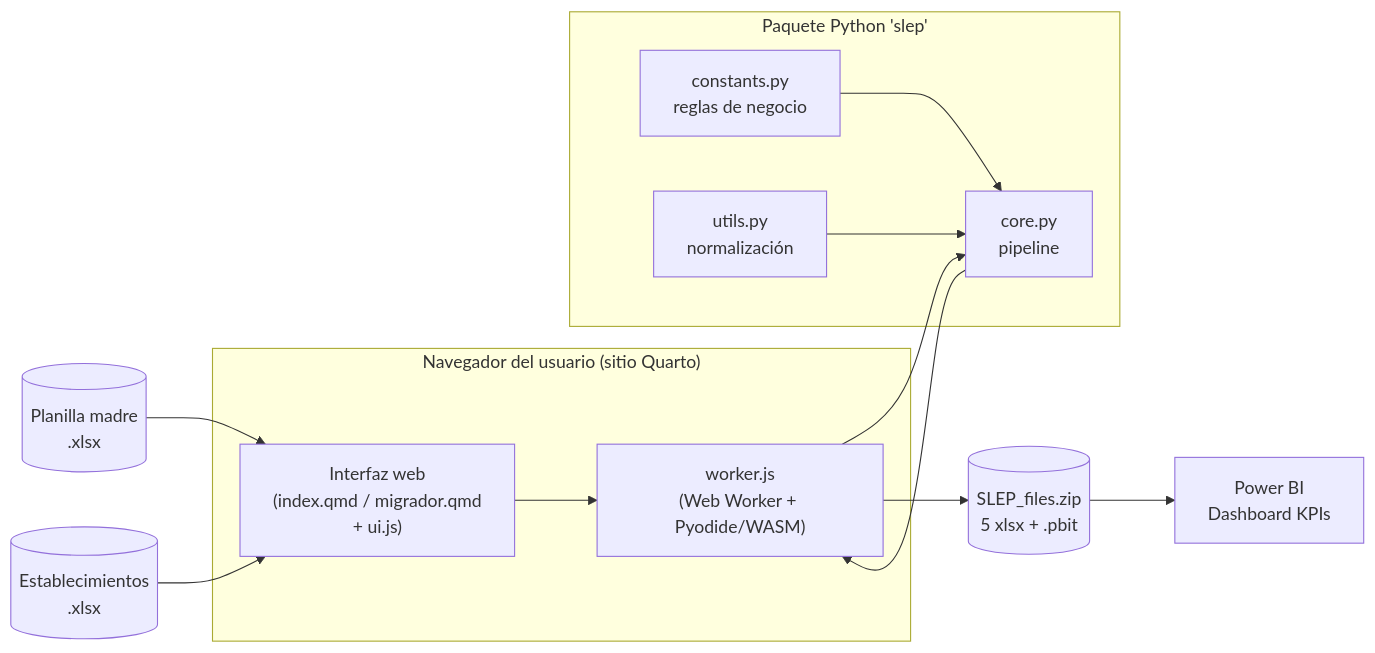
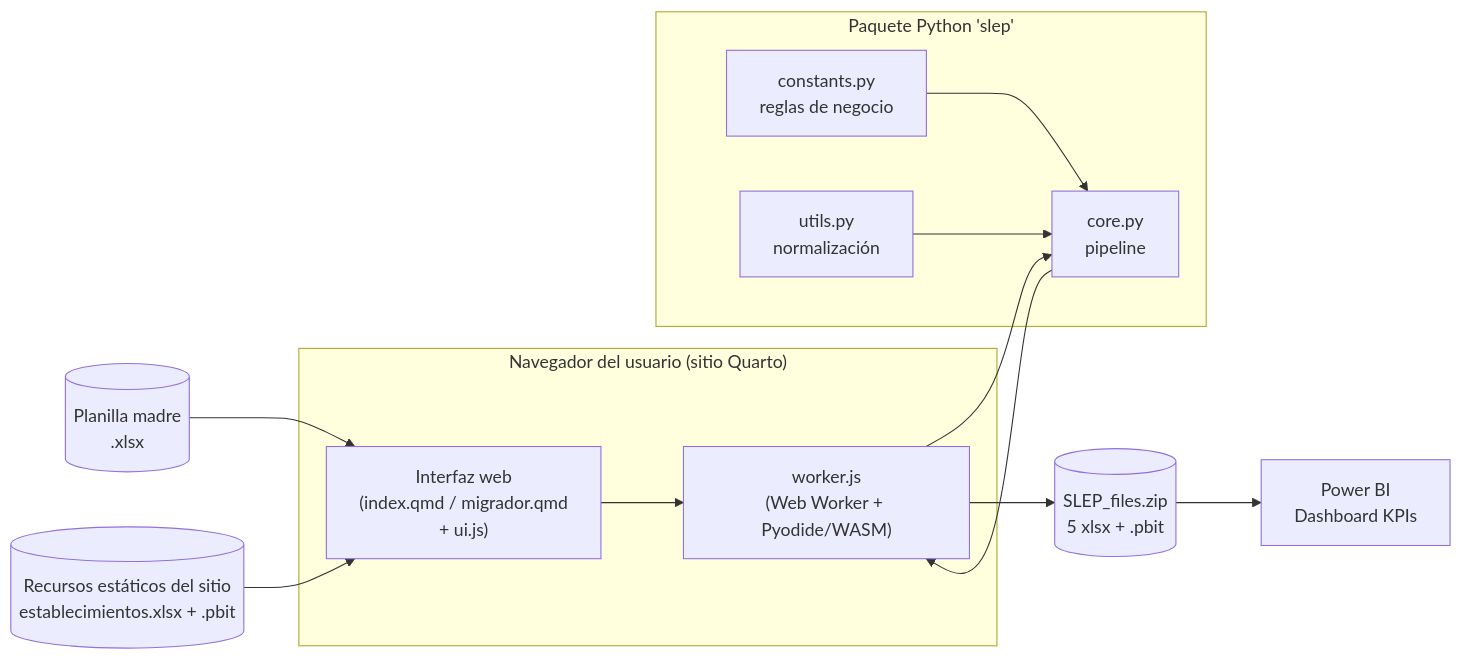
Before and after one commit to AdolfoRV/repositorio-SLEP: the first of 3 diagrams in documentacion.qmd, drawn with Mermaid. The commit also changed other lines of this file, not shown here.

````diff
--- a/documentacion.qmd
+++ b/documentacion.qmd
@@ -61,24 +61,24 @@
 ```{mermaid}
 flowchart LR
     subgraph Navegador["Navegador del usuario (sitio Quarto)"]
         UI["Interfaz web<br/>(index.qmd / migrador.qmd<br/>+ ui.js)"]
         W["worker.js<br/>(Web Worker + Pyodide/WASM)"]
     end
     subgraph Paquete["Paquete Python 'slep'"]
         C["core.py<br/>pipeline"]
         K["constants.py<br/>reglas de negocio"]
         U["utils.py<br/>normalización"]
     end
     IN1[("Planilla madre<br/>.xlsx")]
-    IN2[("Establecimientos<br/>.xlsx")]
+    RES[("Recursos estáticos del sitio<br/>establecimientos.xlsx + .pbit")]
     OUT[("SLEP_files.zip<br/>5 xlsx + .pbit")]
     PBI["Power BI<br/>Dashboard KPIs"]
 
     IN1 --> UI
-    IN2 --> UI
+    RES --> UI
     UI --> W --> C
     K --> C
     U --> C
     C --> W --> OUT
     OUT --> PBI
 ```
````
